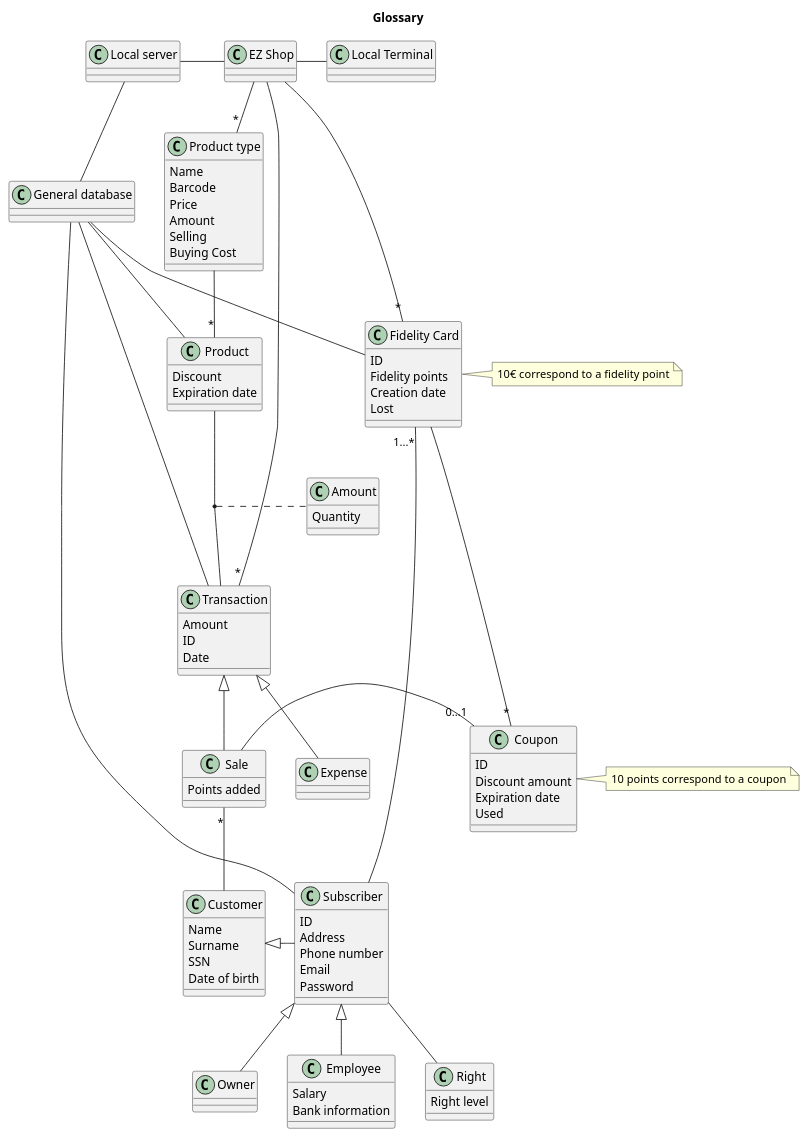
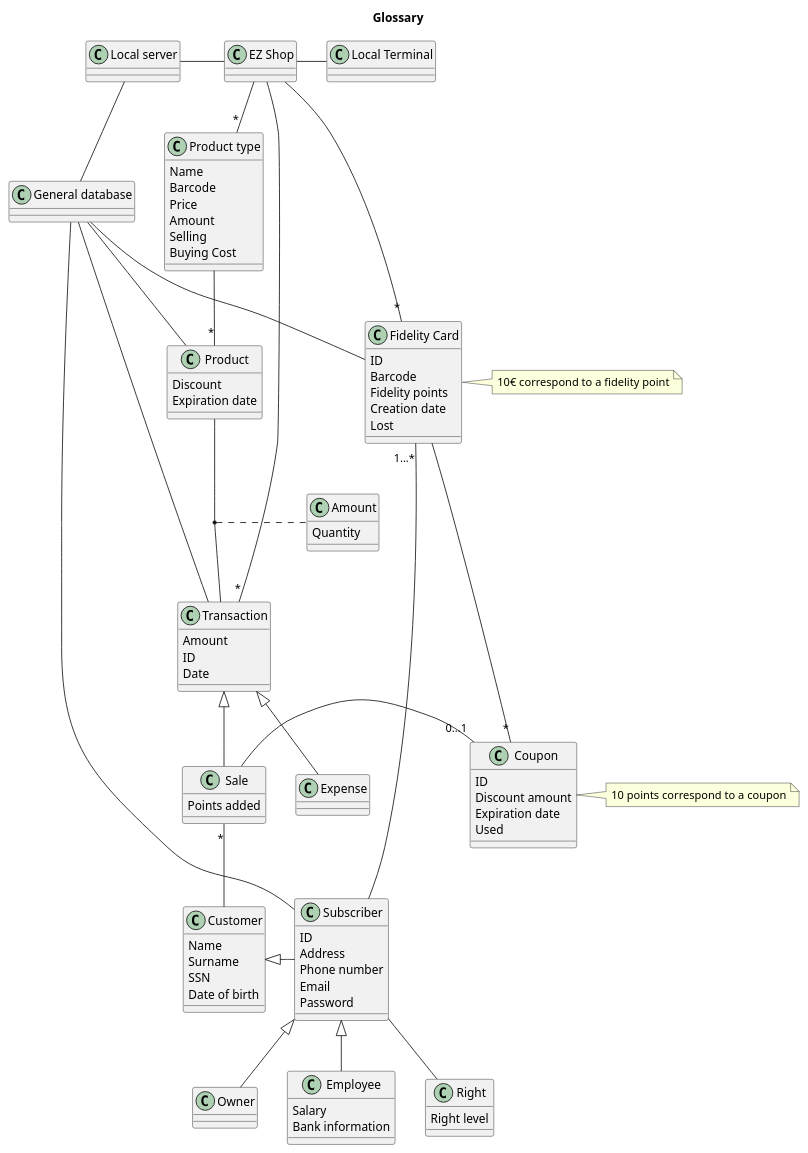
Before and after one commit to nicolabattaglino/ezshop: the fifth of 7 diagrams in Deliverables/RequirementsDocument.md, drawn with PlantUML.

Commit message:
Update RequirementsDocument.md addded barcode field to the fidelity card

```diff
--- a/Deliverables/RequirementsDocument.md
+++ b/Deliverables/RequirementsDocument.md
@@ -799,6 +799,7 @@
 }
 class "Fidelity Card" as fidelityCard{
 ID
+Barcode
 Fidelity points
 Creation date 
 Lost 
```
